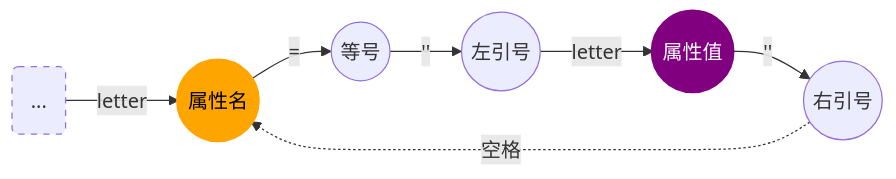
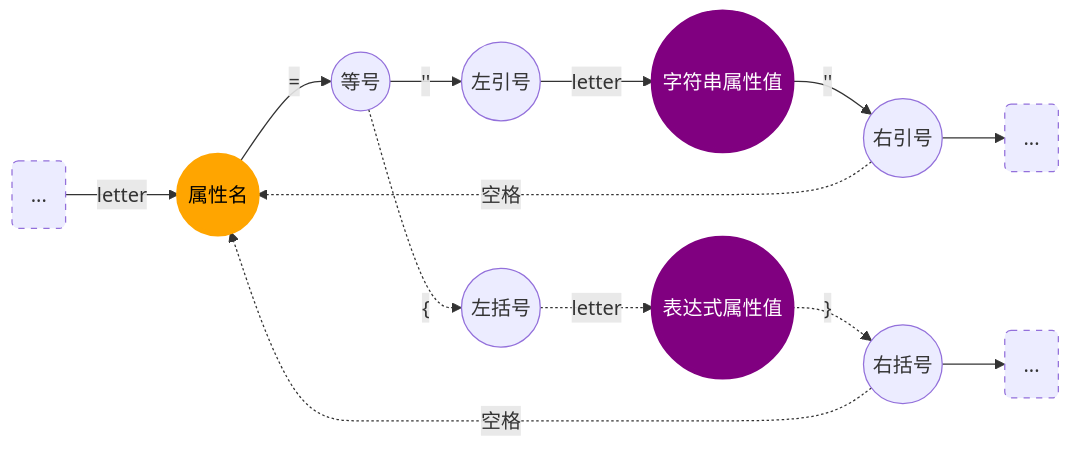
Before and after one commit to AngelPP52/tiny-compiler: the third of 4 diagrams in README.MD, drawn with Mermaid. The commit also changed other lines of this file and 6 other files, not shown here.

````diff
--- a/README.MD
+++ b/README.MD
@@ -105,13 +90,19 @@
 ```mermaid
 graph LR
-start(...) --> |letter|attrKey((属性名)) --> |=|eqs((等号)) --> |''|sem1((左引号)) --> |letter|attrValue((属性值)) --> |''|sem2((右引号)) -.-> |空格|attrKey
+start(...) --> |letter|attrKey((属性名)) --> |=|eqs((等号)) --> |''|sem1((左引号)) --> |letter|attrValue((字符串属性值)) --> |''|sem2((右引号)) -.-> |空格|attrKey
+eqs -.-> |&#123|bracketL((左括号)) -.-> |letter|attrValue2((表达式属性值)) -.-> |&#125|bracketR((右括号)) -.-> |空格|attrKey
+sem2 --> end1(...)
+bracketR --> end2(...)
 
 classDef stroke-dash stroke-dasharray: 5,5
 class start stroke-dash
+class end1 stroke-dash
+class end2 stroke-dash
 
 classDef orange stroke:orange,fill: orange,color:black,stroke-width:4
 classDef purple stroke:purple,fill: purple,color:white,stroke-width:4
 
 class attrKey orange
 class attrValue purple
+class attrValue2 purple
 ```
````
